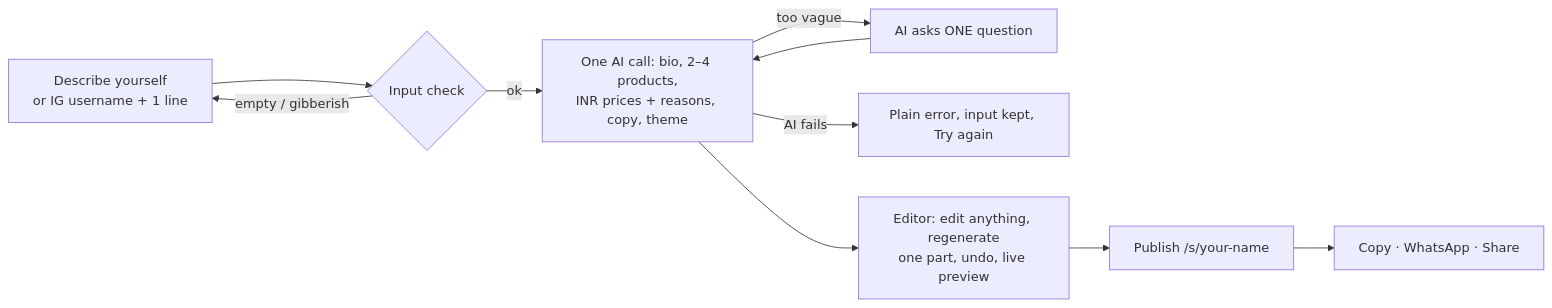
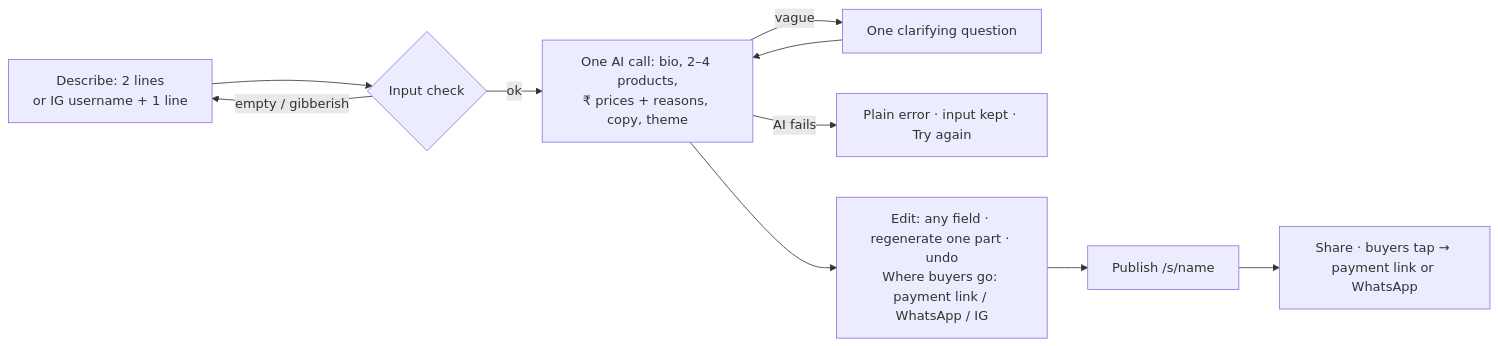
One commit to abhinav-git44/creatorlaunch-ai changed the diagram in DECISION_DOC.md. Above: the diagram before and after it, drawn with Mermaid. The commit also changed other lines of this file and 26 other files, not shown here.

````diff
--- a/DECISION_DOC.md
+++ b/DECISION_DOC.md
@@ -13,10 +13,10 @@
 ```mermaid
 flowchart LR
-  A[Describe yourself<br/>or IG username + 1 line] --> B{Input check}
+  A[Describe: 2 lines<br/>or IG username + 1 line] --> B{Input check}
   B -- empty / gibberish --> A
-  B -- ok --> C[One AI call: bio, 2–4 products,<br/>INR prices + reasons, copy, theme]
-  C -- too vague --> Q[AI asks ONE question] --> C
-  C -- AI fails --> R[Plain error, input kept, Try again]
-  C --> D[Editor: edit anything, regenerate<br/>one part, undo, live preview]
-  D --> E[Publish /s/your-name] --> F[Copy · WhatsApp · Share]
+  B -- ok --> C[One AI call: bio, 2–4 products,<br/>₹ prices + reasons, copy, theme]
+  C -- vague --> Q[One clarifying question] --> C
+  C -- AI fails --> R[Plain error · input kept · Try again]
+  C --> D[Edit: any field · regenerate one part · undo<br/>Where buyers go: payment link / WhatsApp / IG]
+  D --> E[Publish /s/name] --> F[Share · buyers tap → payment link or WhatsApp]
 ```
````
